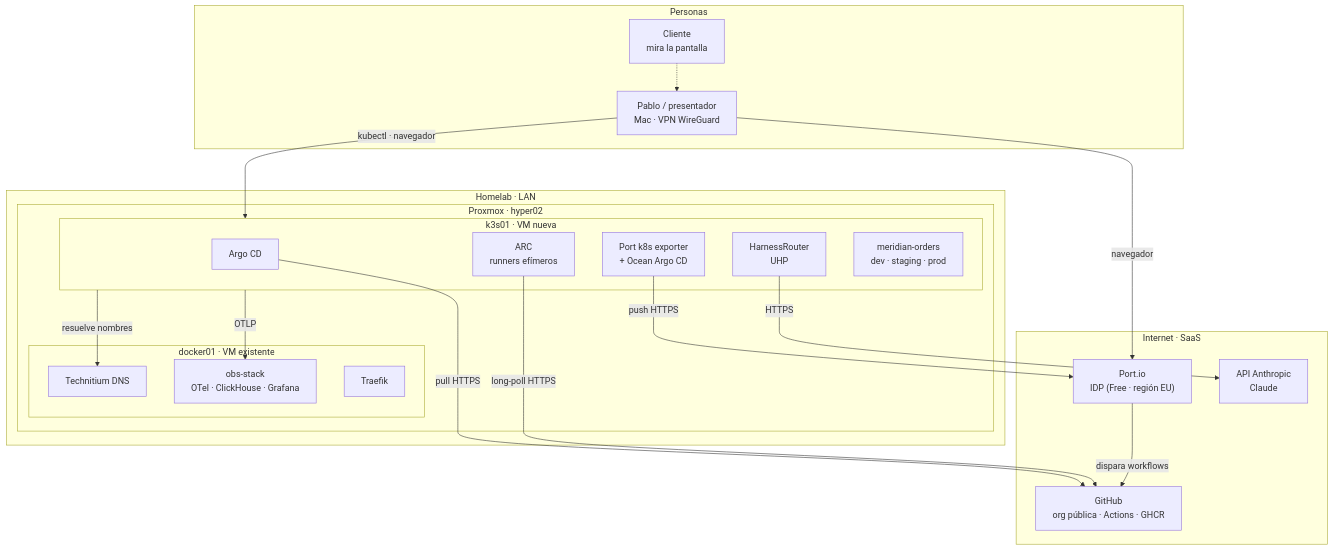
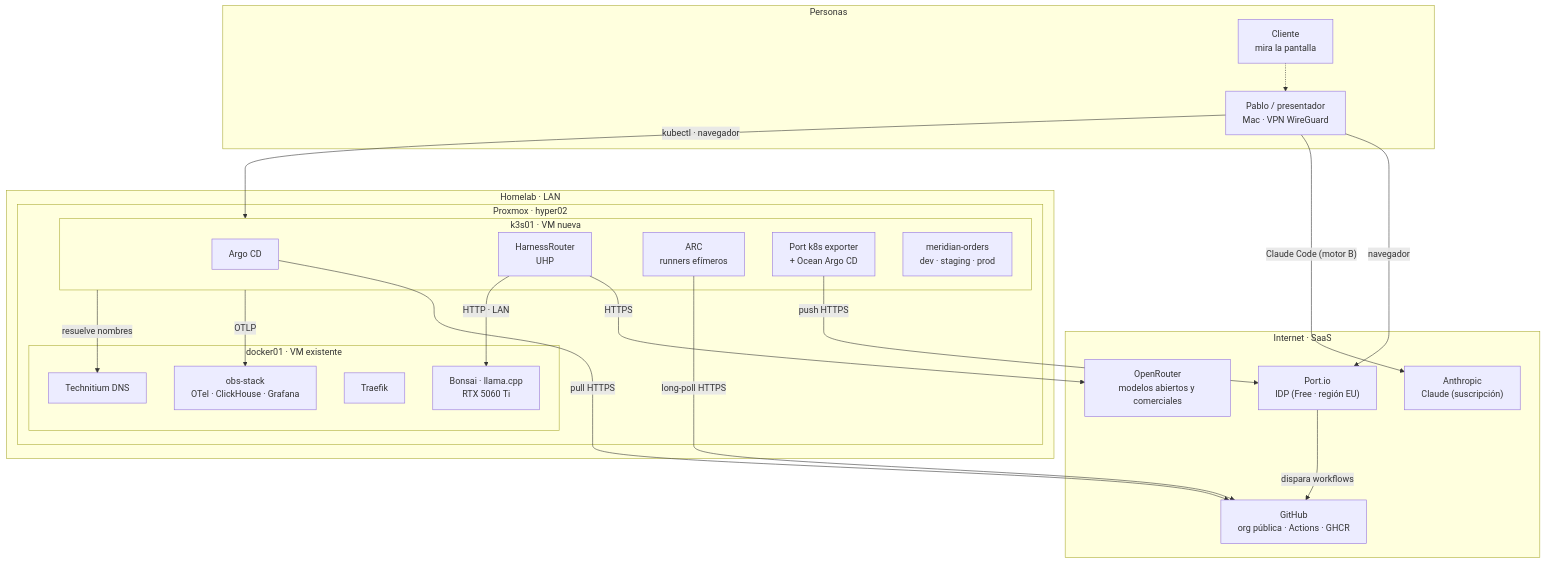
One commit to elpalmeral-org/agentic-platform-lab changed the first of 7 diagrams in docs/01-arquitectura.md. Above: the diagram before and after it, drawn with Mermaid. The commit also changed other lines of this file and 9 other files, not shown here.

````diff
--- a/docs/01-arquitectura.md
+++ b/docs/01-arquitectura.md
@@ -8,41 +8,45 @@
 ```mermaid
 flowchart TB
     subgraph USERS["Personas"]
         PABLO["Pablo / presentador<br/>Mac · VPN WireGuard"]
         CLI["Cliente<br/>mira la pantalla"]
     end
 
     subgraph SAAS["Internet · SaaS"]
         PORT["Port.io<br/>IDP (Free · región EU)"]
         GH["GitHub<br/>org pública · Actions · GHCR"]
-        ANT["API Anthropic<br/>Claude"]
+        ORT["OpenRouter<br/>modelos abiertos y comerciales"]
+        ANT["Anthropic<br/>Claude (suscripción)"]
     end
 
     subgraph HOME["Homelab · LAN"]
         subgraph PVE["Proxmox · hyper02"]
             subgraph D1["docker01 · VM existente"]
                 DNS["Technitium DNS"]
                 OBS["obs-stack<br/>OTel · ClickHouse · Grafana"]
                 TRF["Traefik"]
+                LLM["Bonsai · llama.cpp<br/>RTX 5060 Ti"]
             end
             subgraph K["k3s01 · VM nueva"]
                 ARGO["Argo CD"]
                 HR["HarnessRouter<br/>UHP"]
                 ARC["ARC<br/>runners efímeros"]
                 EXP["Port k8s exporter<br/>+ Ocean Argo CD"]
                 APPS["meridian-orders<br/>dev · staging · prod"]
             end
         end
     end
 
     PABLO -->|navegador| PORT
     PABLO -->|kubectl · navegador| K
     CLI -.-> PABLO
     ARGO -->|pull HTTPS| GH
     ARC -->|long-poll HTTPS| GH
-    HR -->|HTTPS| ANT
+    HR -->|HTTPS| ORT
+    HR -->|"HTTP · LAN"| LLM
+    PABLO -->|"Claude Code (motor B)"| ANT
     EXP -->|push HTTPS| PORT
     PORT -->|dispara workflows| GH
     K -->|OTLP| OBS
     K -->|resuelve nombres| DNS
 ```
````
